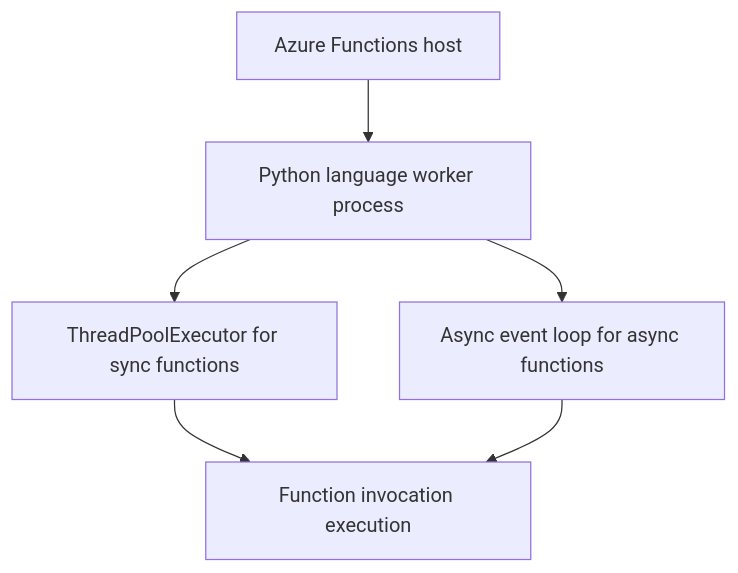
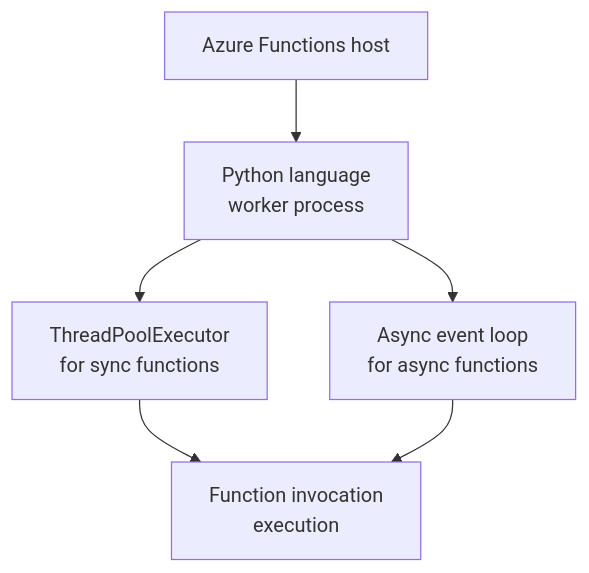
One commit to yeongseon/azure-functions-practical-guide changed the diagram in docs/language-guides/python/python-runtime.md. Above: the diagram before and after it, drawn with Mermaid. The commit also changed other lines of this file and 2 other files, not shown here.

Commit message:
docs(diagrams): migrate Functions python runtime — python runtime and v2 programming model (#416)
* docs(diagrams): improve Python runtime flow accessibility

Wrap runtime labels without changing branches and name both Python diagrams.
Keep the already readable v2 flow and add the direct worker-performance source.

Refs #237

* docs(diagrams): record Python diagram migration dispositions

Refresh only the two owned records from the scanner.
Retain v2 as a measured keep exception and runtime as in-progress.

Refs #237

---------

````diff
--- a/docs/language-guides/python/python-runtime.md
+++ b/docs/language-guides/python/python-runtime.md
@@ -35,8 +36,10 @@
 ```mermaid
 flowchart TD
-    A[Azure Functions host] --> B[Python language worker process]
-    B --> C[ThreadPoolExecutor for sync functions]
-    B --> D[Async event loop for async functions]
-    C --> E[Function invocation execution]
+    accTitle: Python worker synchronous and asynchronous execution
+    accDescr: The Functions host invokes the Python language worker. Synchronous functions use its ThreadPoolExecutor; asynchronous functions share the worker event loop. Both branches lead to function invocation execution; arrows summarize logical execution, not network hops.
+    A[Azure Functions host] --> B["Python language<br/>worker process"]
+    B --> C["ThreadPoolExecutor<br/>for sync functions"]
+    B --> D["Async event loop<br/>for async functions"]
+    C --> E["Function invocation<br/>execution"]
     D --> E
 ```
````
